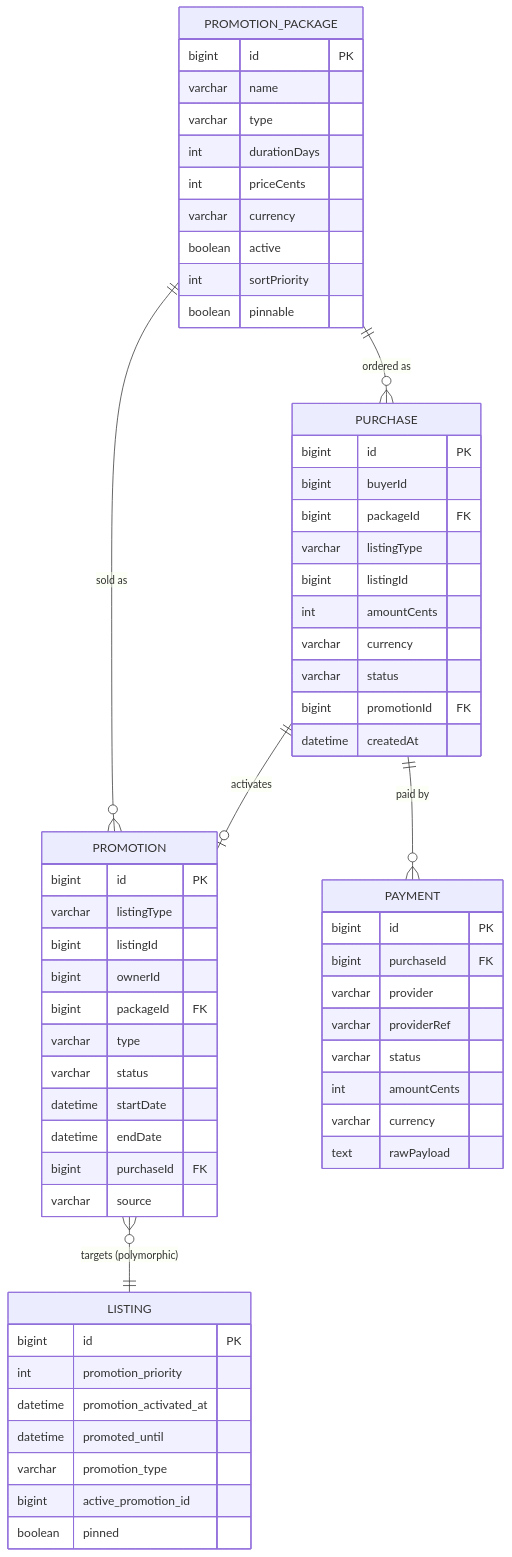
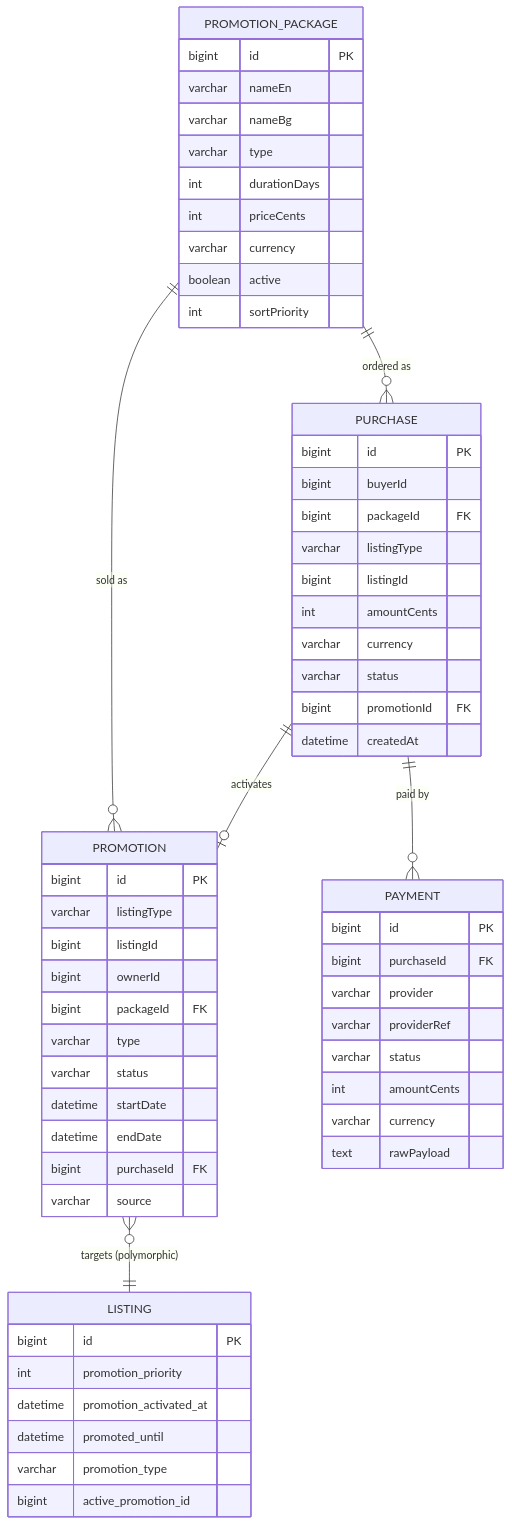
Before and after one commit to cvetomirtonchev/sassedo-be: the first of 5 diagrams in docs/promotion-system-design.md, drawn with Mermaid. The commit also changed other lines of this file and 91 other files, not shown here.

````diff
--- a/docs/promotion-system-design.md
+++ b/docs/promotion-system-design.md
@@ -70,64 +69,63 @@
 ```mermaid
 erDiagram
     PROMOTION_PACKAGE ||--o{ PURCHASE : "ordered as"
     PROMOTION_PACKAGE ||--o{ PROMOTION : "sold as"
     PURCHASE ||--o| PROMOTION : "activates"
     PURCHASE ||--o{ PAYMENT : "paid by"
     PROMOTION }o--|| LISTING : "targets (polymorphic)"
 
     PROMOTION_PACKAGE {
         bigint id PK
-        varchar name
+        varchar nameEn
+        varchar nameBg
         varchar type
         int durationDays
         int priceCents
         varchar currency
         boolean active
         int sortPriority
-        boolean pinnable
     }
     PROMOTION {
         bigint id PK
         varchar listingType
         bigint listingId
         bigint ownerId
         bigint packageId FK
         varchar type
         varchar status
         datetime startDate
         datetime endDate
         bigint purchaseId FK
         varchar source
     }
     PURCHASE {
         bigint id PK
         bigint buyerId
         bigint packageId FK
         varchar listingType
         bigint listingId
         int amountCents
         varchar currency
         varchar status
         bigint promotionId FK
         datetime createdAt
     }
     PAYMENT {
         bigint id PK
         bigint purchaseId FK
         varchar provider
         varchar providerRef
         varchar status
         int amountCents
         varchar currency
         text rawPayload
     }
     LISTING {
         bigint id PK
         int promotion_priority
         datetime promotion_activated_at
         datetime promoted_until
         varchar promotion_type
         bigint active_promotion_id
-        boolean pinned
     }
 ```
````
